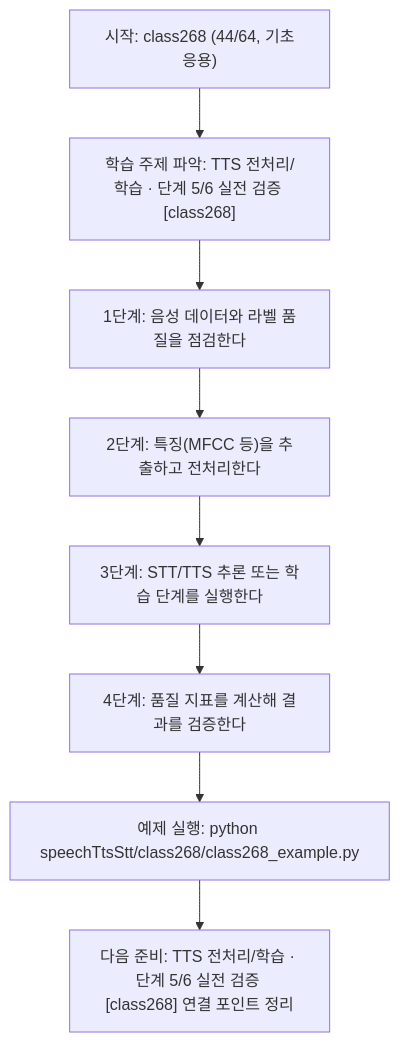
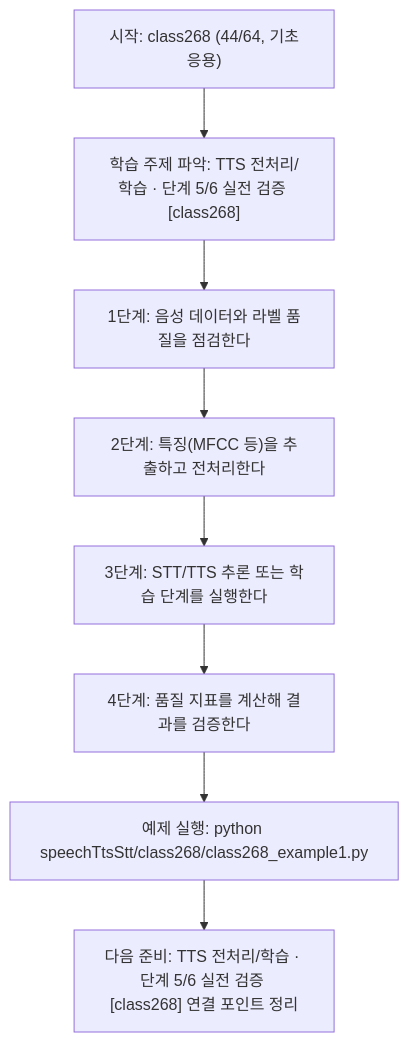
One commit to edumgt/Python-AI_Agent-Class changed the diagram in speechTtsStt/class268/class268.md. Above: the diagram before and after it, drawn with Mermaid. The commit also changed other lines of this file and 2959 other files, not shown here.

````diff
--- a/speechTtsStt/class268/class268.md
+++ b/speechTtsStt/class268/class268.md
@@ -114,18 +114,18 @@
 ```mermaid
 flowchart TD
 N1["시작: class268 (44/64, 기초응용)"]
 N2["학습 주제 파악: TTS 전처리/학습 · 단계 5/6 실전 검증 [class268]"]
 N3["1단계: 음성 데이터와 라벨 품질을 점검한다"]
 N4["2단계: 특징(MFCC 등)을 추출하고 전처리한다"]
 N5["3단계: STT/TTS 추론 또는 학습 단계를 실행한다"]
 N6["4단계: 품질 지표를 계산해 결과를 검증한다"]
-N7["예제 실행: python speechTtsStt/class268/class268_example.py"]
+N7["예제 실행: python speechTtsStt/class268/class268_example1.py"]
 N8["다음 준비: TTS 전처리/학습 · 단계 5/6 실전 검증 [class268] 연결 포인트 정리"]
 N1 --> N2
 N2 --> N3
 N3 --> N4
 N4 --> N5
 N5 --> N6
 N6 --> N7
 N7 --> N8
 ```
````
